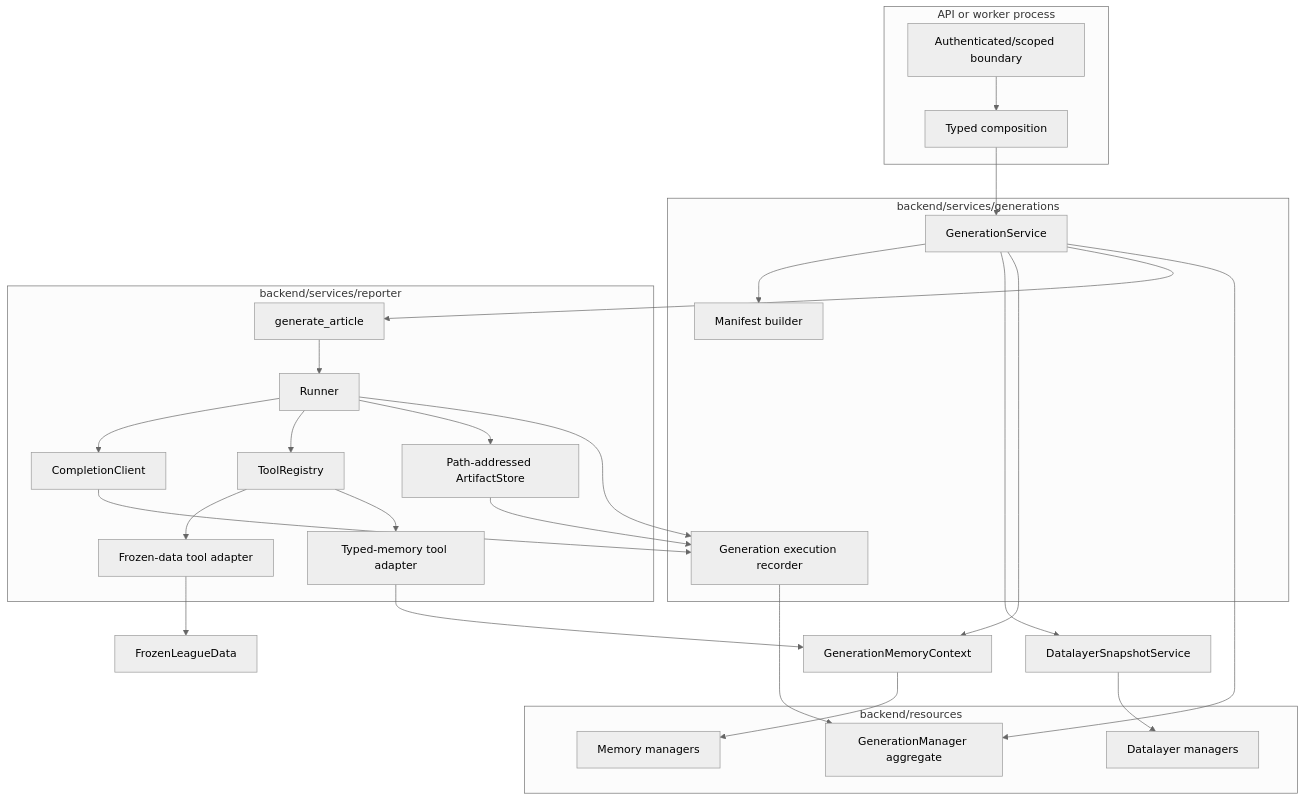
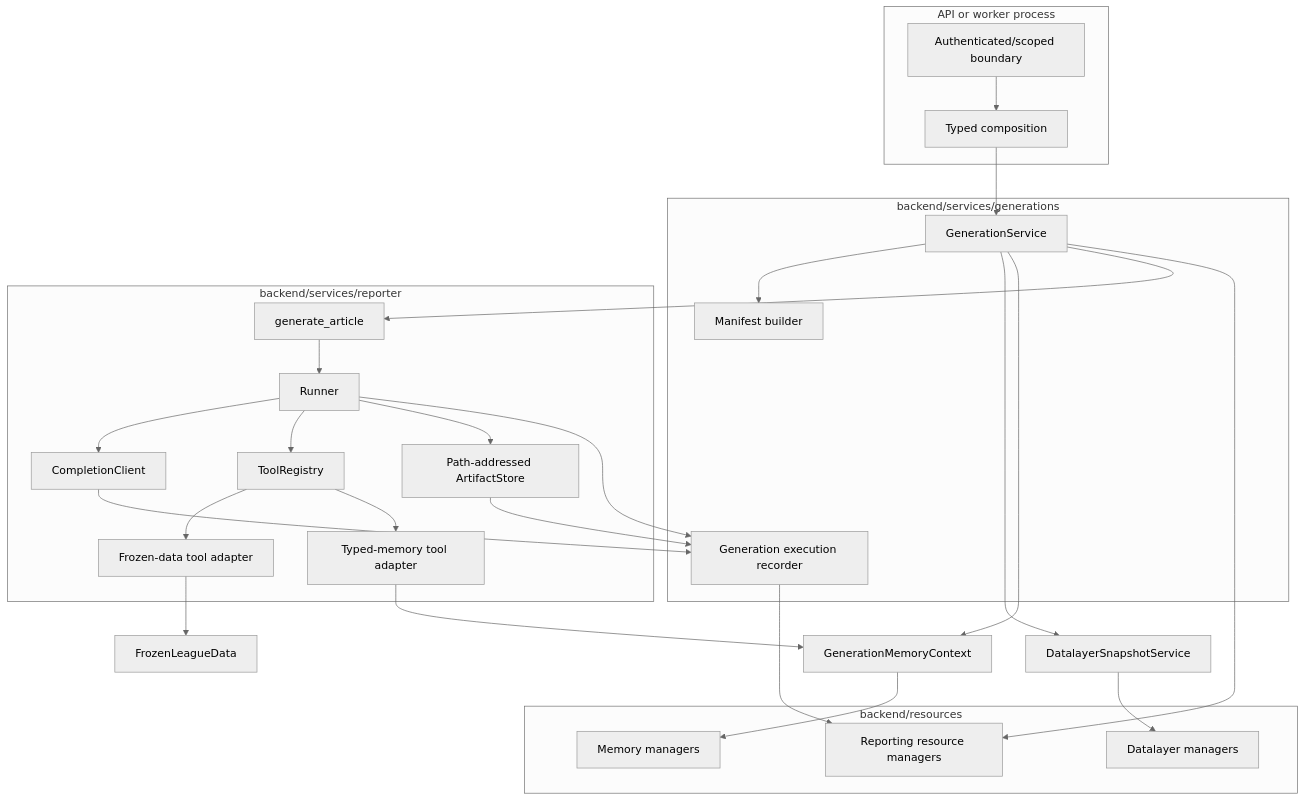
The diagram in docs/generation/architecture.md (maxwn04/AIdamShefter-v2), drawn with Mermaid (neutral theme) before and after one commit. The commit also changed other lines of this file and 14 other files, not shown here.

Commit message:
feat(reporting): add generation lifecycle resource

````diff
--- a/docs/generation/architecture.md
+++ b/docs/generation/architecture.md
@@ -18,48 +18,48 @@
 ```mermaid
 flowchart TB
     subgraph Process["API or worker process"]
         Boundary["Authenticated/scoped boundary"]
         Composition["Typed composition"]
     end
 
     subgraph Workflow["backend/services/generations"]
         Service["GenerationService"]
         Manifest["Manifest builder"]
         Recorder["Generation execution recorder"]
     end
 
     subgraph Reporter["backend/services/reporter"]
         Generator["generate_article"]
         Runner["Runner"]
         Completion["CompletionClient"]
         Registry["ToolRegistry"]
         ArtifactState["Path-addressed ArtifactStore"]
         DataTools["Frozen-data tool adapter"]
         MemoryTools["Typed-memory tool adapter"]
     end
 
     subgraph Resources["backend/resources"]
-        GenerationManager["GenerationManager aggregate"]
+        ReportingManagers["Reporting resource managers"]
         MemoryManagers["Memory managers"]
         SnapshotManager["Datalayer managers"]
     end
 
     Boundary --> Composition --> Service
     Service --> Manifest
     Service --> SnapshotService["DatalayerSnapshotService"]
     Service --> MemoryContext["GenerationMemoryContext"]
     Service --> Generator
     Generator --> Runner
     Runner --> Completion
     Runner --> Registry
     Runner --> ArtifactState
     Registry --> DataTools --> Frozen["FrozenLeagueData"]
     Registry --> MemoryTools --> MemoryContext
     Completion --> Recorder
     Runner --> Recorder
     ArtifactState --> Recorder
-    Recorder --> GenerationManager
-    Service --> GenerationManager
+    Recorder --> ReportingManagers
+    Service --> ReportingManagers
     SnapshotService --> SnapshotManager
     MemoryContext --> MemoryManagers
 ```
````
